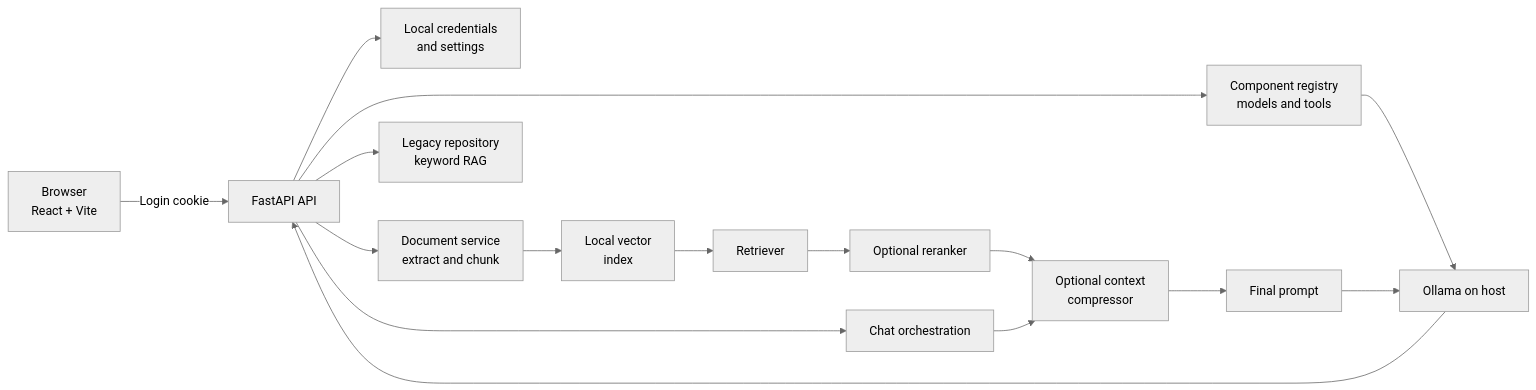
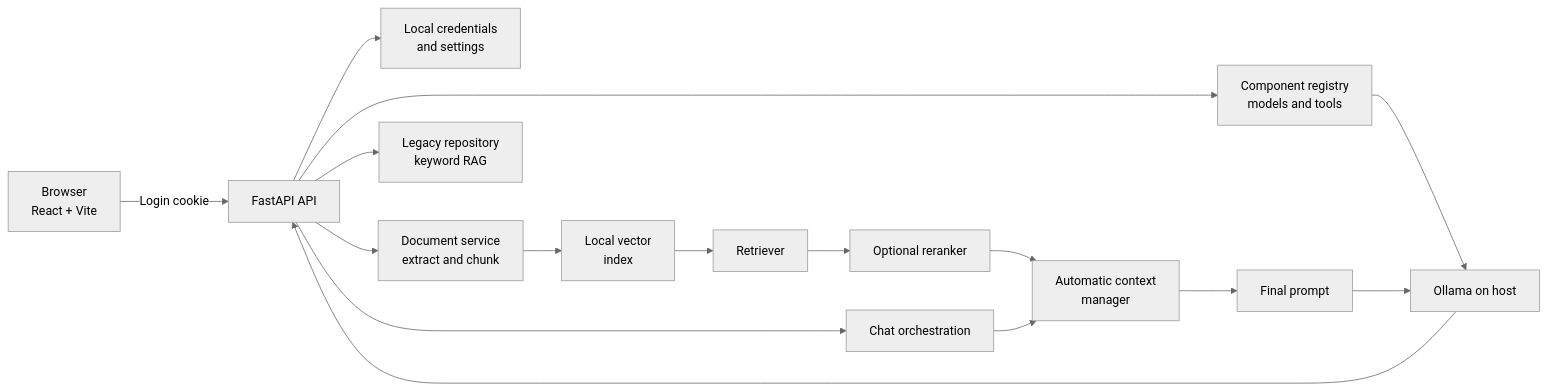
One commit to Jn527fd/local-ai-coding-assistant changed the diagram in README.md. Above: the diagram before and after it, drawn with Mermaid (neutral theme). The commit also changed other lines of this file and 53 other files, not shown here.

Commit message:
changes made to hardcord the vector database and context compressor

````diff
--- a/README.md
+++ b/README.md
@@ -183,18 +184,18 @@
 ```mermaid
 flowchart LR
     Browser["Browser<br/>React + Vite"] -->|"Login cookie"| API["FastAPI API"]
     API --> Auth["Local credentials<br/>and settings"]
     API --> Components["Component registry<br/>models and tools"]
     API --> Chat["Chat orchestration"]
     API --> Documents["Document service<br/>extract and chunk"]
     Documents --> VectorIndex["Local vector<br/>index"]
     VectorIndex --> Retriever["Retriever"]
     Retriever --> Reranker["Optional reranker"]
-    Reranker --> Compressor["Optional context<br/>compressor"]
+    Reranker --> Compressor["Automatic context<br/>manager"]
     Chat --> Compressor
     Compressor --> Prompt["Final prompt"]
     Components --> Ollama["Ollama on host"]
     Prompt --> Ollama
     API --> RepoIndexer["Legacy repository<br/>keyword RAG"]
     Ollama --> API
 ```
````
